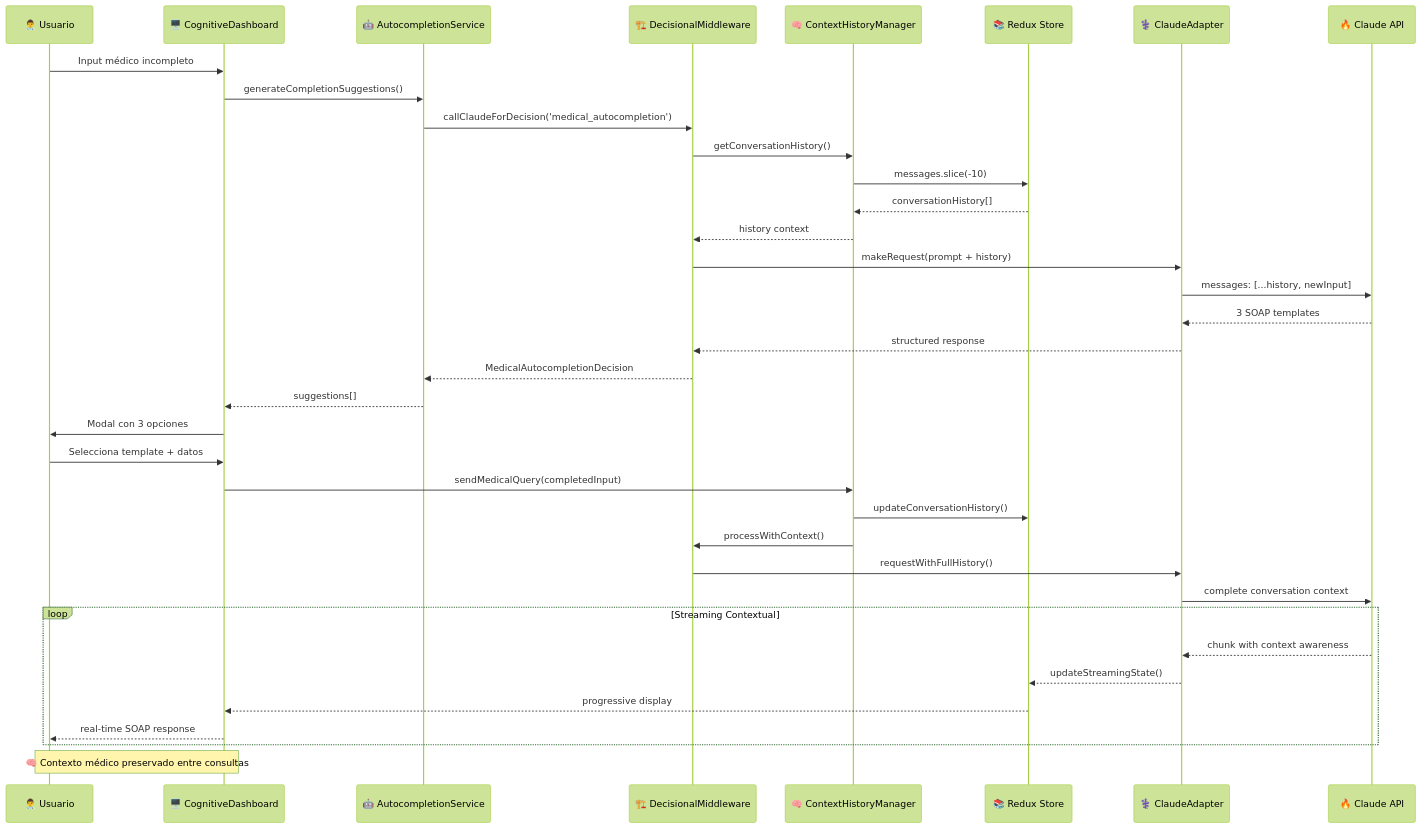
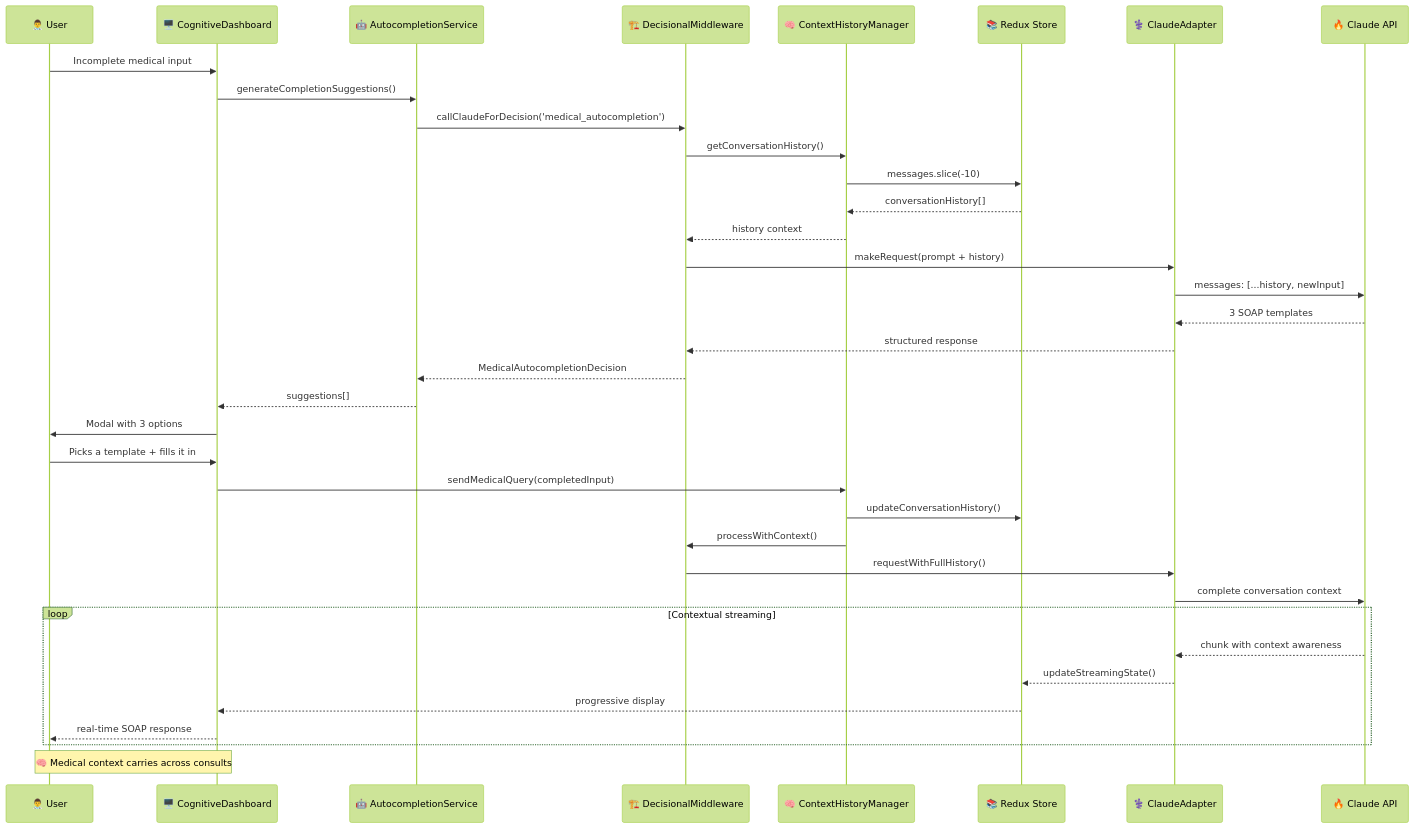
Before and after one commit to BernardUriza/redux-claude: the third of 4 diagrams in README.md, drawn with Mermaid (forest theme). The commit also changed other lines of this file, not shown here.

````diff
--- a/README.md
+++ b/README.md
@@ -226,42 +223,42 @@
 ```mermaid
 sequenceDiagram
-    participant U as 👨‍⚕️ Usuario
+    participant U as 👨‍⚕️ User
     participant CD as 🖥️ CognitiveDashboard
     participant AS as 🤖 AutocompletionService
     participant DM as 🏗️ DecisionalMiddleware
     participant CH as 🧠 ContextHistoryManager
     participant RS as 📚 Redux Store
     participant CA as ⚕️ ClaudeAdapter
     participant API as 🔥 Claude API
 
-    U->>CD: Input médico incompleto
+    U->>CD: Incomplete medical input
     CD->>AS: generateCompletionSuggestions()
     AS->>DM: callClaudeForDecision('medical_autocompletion')
     DM->>CH: getConversationHistory()
     CH->>RS: messages.slice(-10)
     RS-->>CH: conversationHistory[]
     CH-->>DM: history context
     DM->>CA: makeRequest(prompt + history)
     CA->>API: messages: [...history, newInput]
     API-->>CA: 3 SOAP templates
     CA-->>DM: structured response
     DM-->>AS: MedicalAutocompletionDecision
     AS-->>CD: suggestions[]
-    CD->>U: Modal con 3 opciones
+    CD->>U: Modal with 3 options
 
-    U->>CD: Selecciona template + datos
+    U->>CD: Picks a template + fills it in
     CD->>CH: sendMedicalQuery(completedInput)
     CH->>RS: updateConversationHistory()
     CH->>DM: processWithContext()
     DM->>CA: requestWithFullHistory()
     CA->>API: complete conversation context
 
-    loop Streaming Contextual
+    loop Contextual streaming
         API-->>CA: chunk with context awareness
         CA-->>RS: updateStreamingState()
         RS-->>CD: progressive display
         CD-->>U: real-time SOAP response
     end
 
-    Note over U,CD: 🧠 Contexto médico preservado entre consultas
+    Note over U,CD: 🧠 Medical context carries across consults
 ```
````
